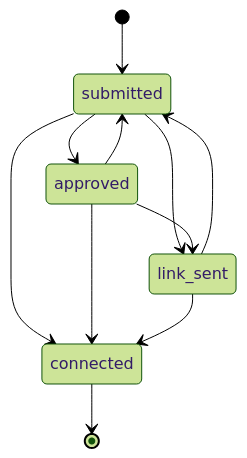
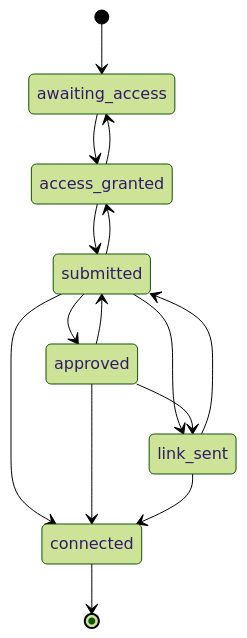
One commit to CultLeaderZiad/cyreax-dm changed diagram 17 of 18 in docs/STATE_MACHINES.md. Above: the diagram before and after it, drawn with Mermaid (forest theme). The commit also changed other lines of this file and 20 other files, not shown here.

````diff
--- a/docs/STATE_MACHINES.md
+++ b/docs/STATE_MACHINES.md
@@ -313,13 +313,17 @@
 ```mermaid
 stateDiagram-v2
-  [*] --> submitted
+  [*] --> awaiting_access
+  awaiting_access --> access_granted
+  access_granted --> submitted
+  access_granted --> awaiting_access
   submitted --> approved
+  submitted --> access_granted
   submitted --> link_sent
   submitted --> connected
   approved --> submitted
   approved --> link_sent
   approved --> connected
   link_sent --> submitted
   link_sent --> connected
   connected --> [*]
 ```
````
